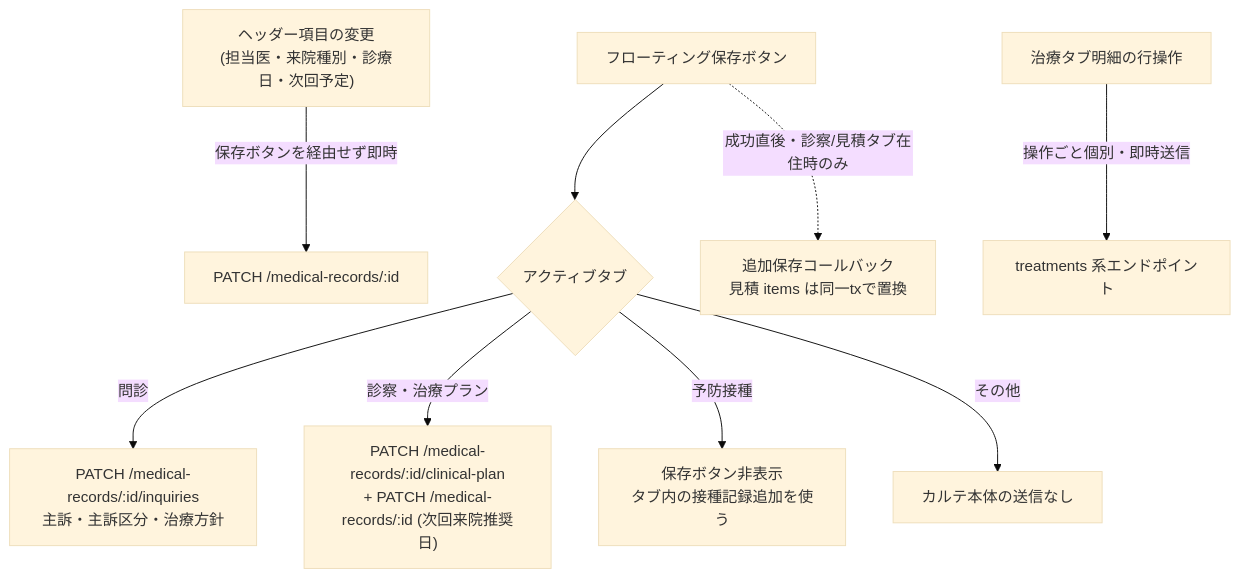
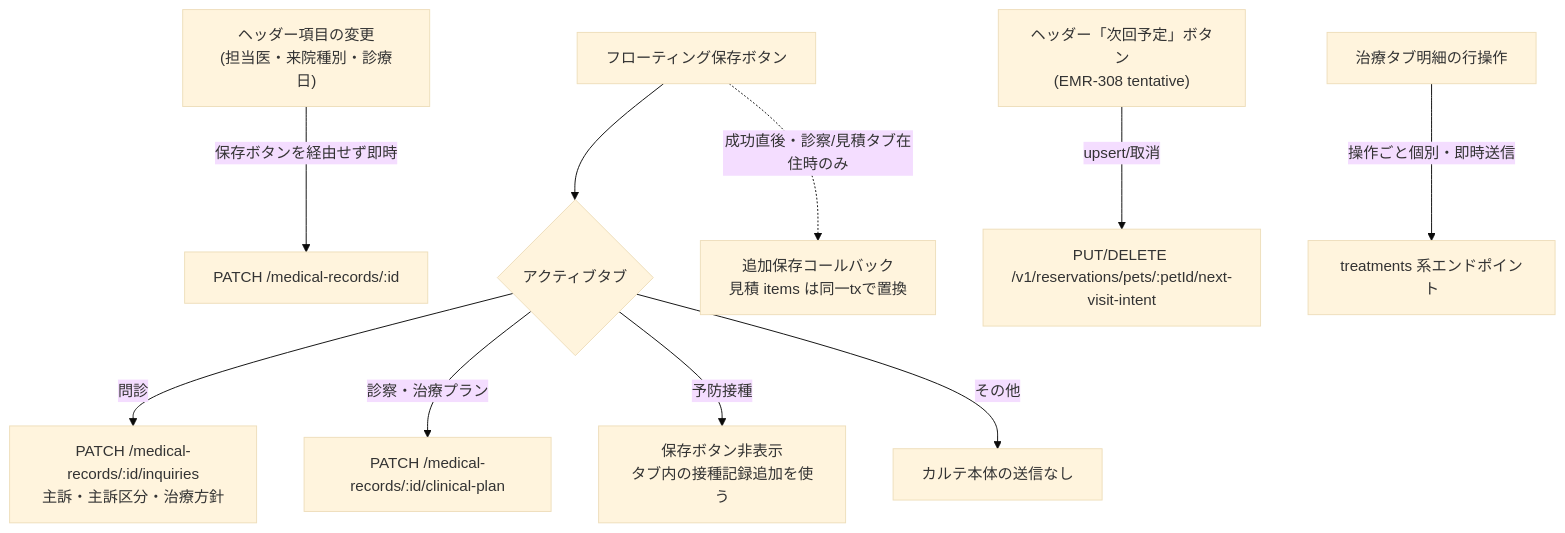
The diagram in docs/spec/screens/06-medical-records-form.md (MinoruSoga/AnimalEkarte), drawn with Mermaid (base theme) before and after one commit. The commit also changed other lines of this file and 178 other files, not shown here.

````diff
--- a/docs/spec/screens/06-medical-records-form.md
+++ b/docs/spec/screens/06-medical-records-form.md
@@ -55,11 +55,12 @@
 ```mermaid
 flowchart TB
     Save["フローティング保存ボタン"] --> Q{"アクティブタブ"}
     Q -->|"問診"| A["PATCH /medical-records/:id/inquiries<br>主訴・主訴区分・治療方針"]
-    Q -->|"診察・治療プラン"| B["PATCH /medical-records/:id/clinical-plan<br>+ PATCH /medical-records/:id (次回来院推奨日)"]
+    Q -->|"診察・治療プラン"| B["PATCH /medical-records/:id/clinical-plan"]
     Q -->|"予防接種"| D["保存ボタン非表示<br>タブ内の接種記録追加を使う"]
     Q -->|"その他"| C["カルテ本体の送信なし"]
-    H["ヘッダー項目の変更<br>(担当医・来院種別・診療日・次回予定)"] -->|"保存ボタンを経由せず即時"| E["PATCH /medical-records/:id"]
+    H["ヘッダー項目の変更<br>(担当医・来院種別・診療日)"] -->|"保存ボタンを経由せず即時"| E["PATCH /medical-records/:id"]
+    NV["ヘッダー「次回予定」ボタン<br>(EMR-308 tentative)"] -->|"upsert/取消"| F2["PUT/DELETE /v1/reservations/pets/:petId/next-visit-intent"]
     T["治療タブ明細の行操作"] -->|"操作ごと個別・即時送信"| F["treatments 系エンドポイント"]
     Save -.->|"成功直後・診察/見積タブ在住時のみ"| G["追加保存コールバック<br>見積 items は同一txで置換"]
 ```
````
